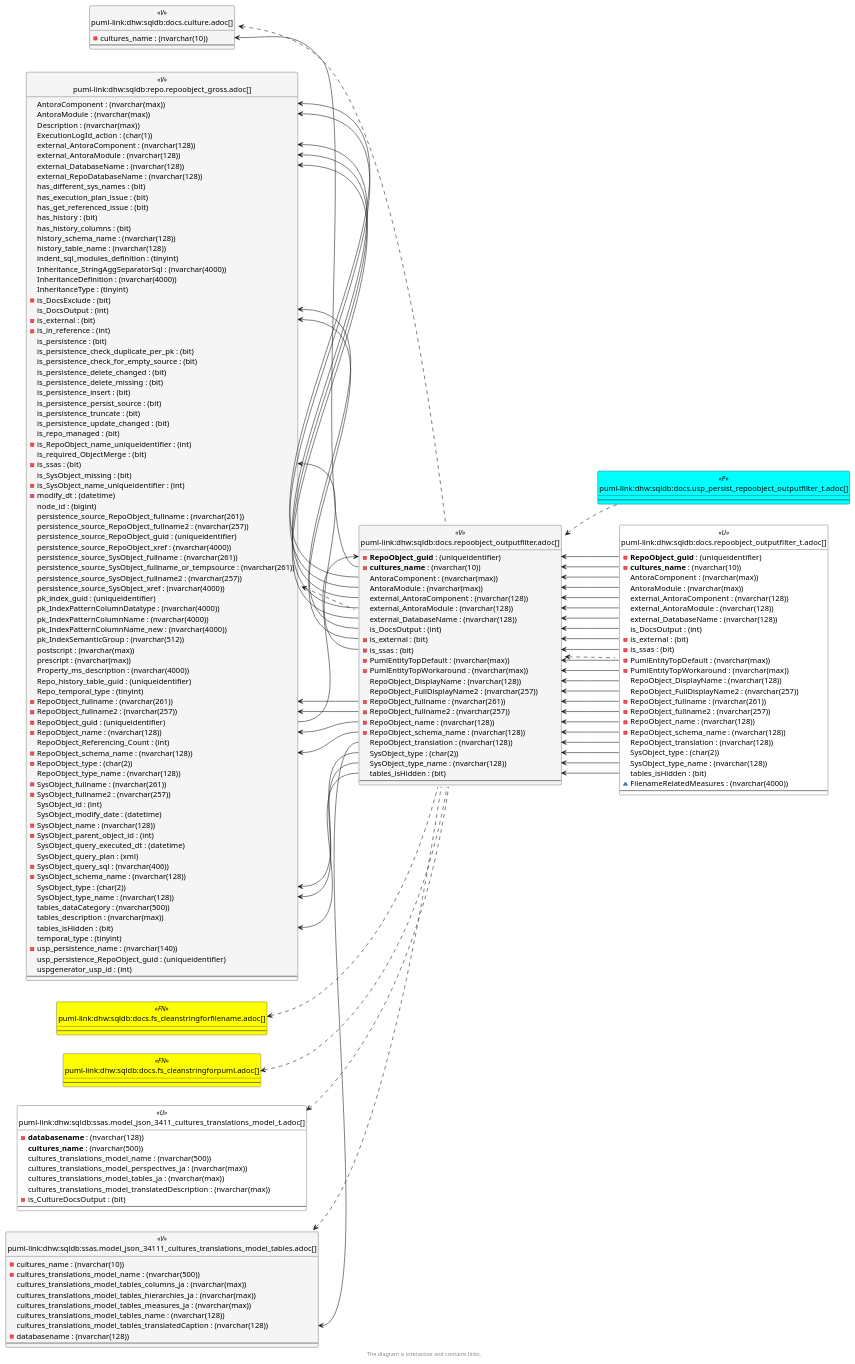
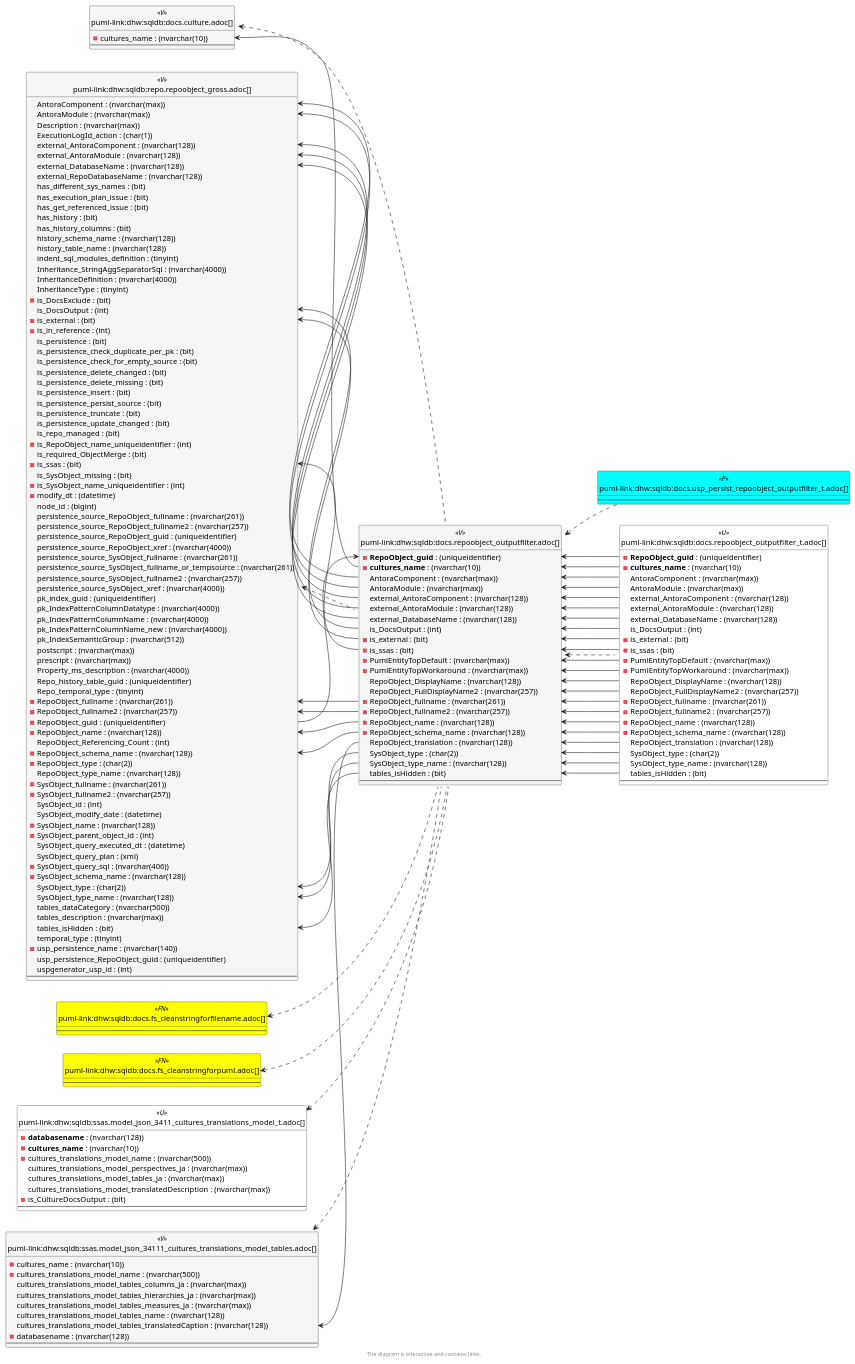
The sixth of 6 diagrams in docs/modules/sqldb/partials/content/docs.repoobject_outputfilter.adoc (DataHandwerk/dhw-antora-sqldb), drawn with PlantUML before and after one commit. The commit also changed other lines of this file and 641 other files, not shown here.

```diff
--- a/docs/modules/sqldb/partials/content/docs.repoobject_outputfilter.adoc
+++ b/docs/modules/sqldb/partials/content/docs.repoobject_outputfilter.adoc
@@ -2560,7 +2560,6 @@
   SysObject_type : (char(2))
   SysObject_type_name : (nvarchar(128))
   tables_isHidden : (bit)
-  ~ FilenameRelatedMeasures : (nvarchar(4000))
   --
 }
 
@@ -2659,8 +2658,8 @@
 
 entity "puml-link:dhw:sqldb:ssas.model_json_3411_cultures_translations_model_t.adoc[]" as ssas.model_json_3411_cultures_translations_model_T << U >> {
   - **databasename** : (nvarchar(128))
-  **cultures_name** : (nvarchar(500))
-  cultures_translations_model_name : (nvarchar(500))
+  - **cultures_name** : (nvarchar(10))
+  - cultures_translations_model_name : (nvarchar(500))
   cultures_translations_model_perspectives_ja : (nvarchar(max))
   cultures_translations_model_tables_ja : (nvarchar(max))
   cultures_translations_model_translatedDescription : (nvarchar(max))
```
